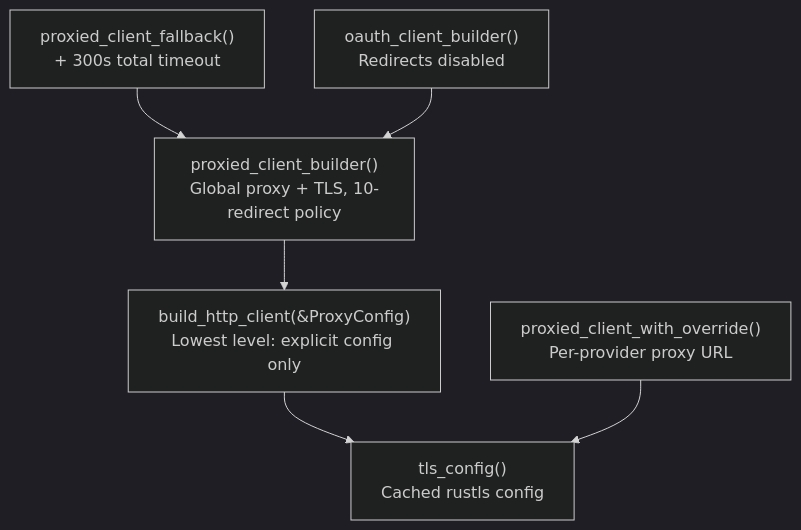
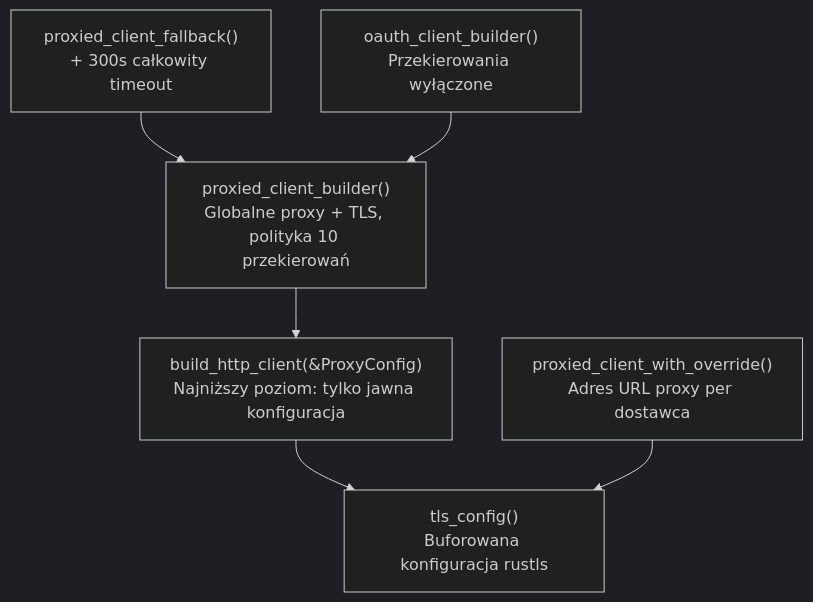
One commit to leszek3737/librefang-WIki changed the diagram in crates-librefang-http.md. Above: the diagram before and after it, drawn with Mermaid (dark theme). The commit also changed other lines of this file and 104 other files, not shown here.

````diff
--- a/crates-librefang-http.md
+++ b/crates-librefang-http.md
@@ -62,15 +62,15 @@
 ```mermaid
 graph TD
-    PC["proxied_client_builder()<br/>Global proxy + TLS, 10-redirect policy"]
-    PCF["proxied_client_fallback()<br/>+ 300s total timeout"]
-    OCB["oauth_client_builder()<br/>Redirects disabled"]
-    PCO["proxied_client_with_override()<br/>Per-provider proxy URL"]
-    BHC["build_http_client(&ProxyConfig)<br/>Lowest level: explicit config only"]
-    TLS["tls_config()<br/>Cached rustls config"]
+    PC["proxied_client_builder()<br/>Globalne proxy + TLS, polityka 10 przekierowań"]
+    PCF["proxied_client_fallback()<br/>+ 300s całkowity timeout"]
+    OCB["oauth_client_builder()<br/>Przekierowania wyłączone"]
+    PCO["proxied_client_with_override()<br/>Adres URL proxy per dostawca"]
+    BHC["build_http_client(&ProxyConfig)<br/>Najniższy poziom: tylko jawna konfiguracja"]
+    TLS["tls_config()<br/>Buforowana konfiguracja rustls"]
 
     PC --> BHC
     PCF --> PC
     OCB --> PC
     BHC --> TLS
     PCO --> TLS
 ```
````
